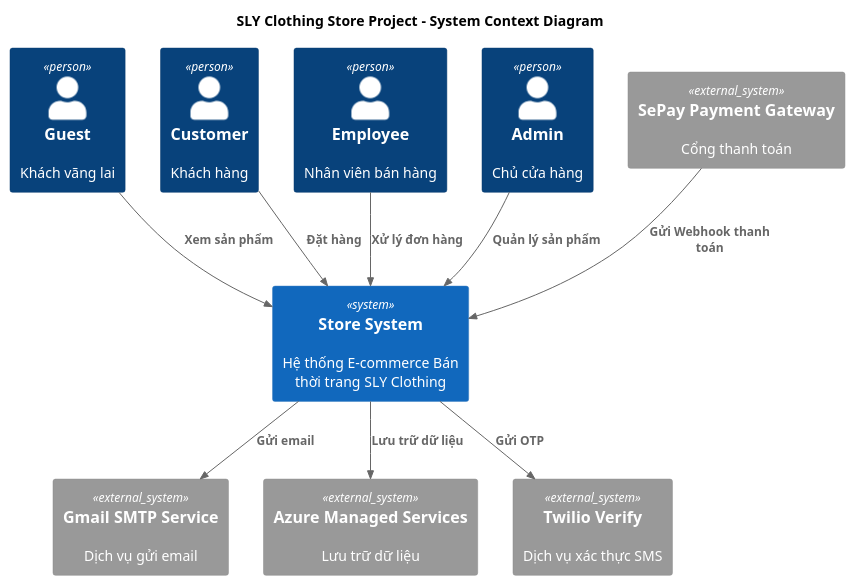
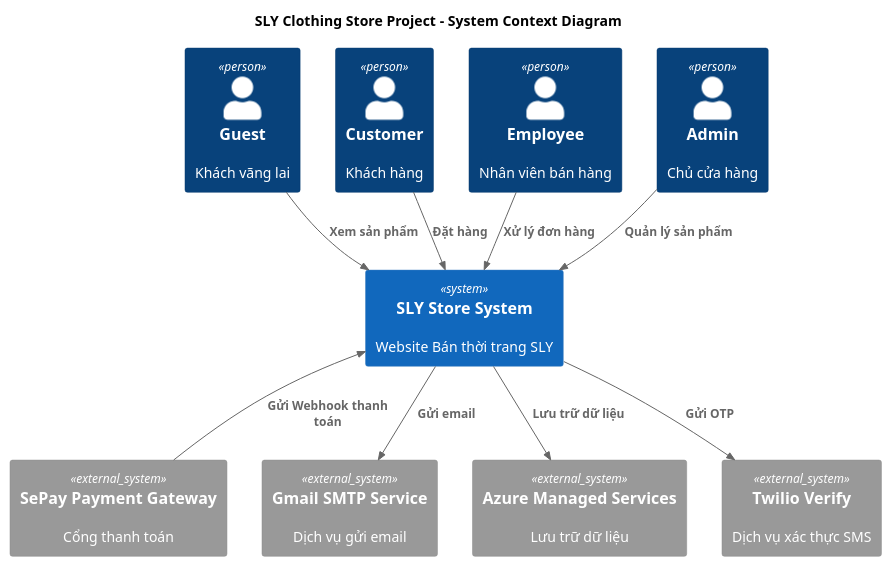
One commit to ptus04/store-project changed the diagram in docs/C4Model-System-Context.puml. Above: the diagram before and after it, drawn with PlantUML. The commit also changed 2 other files, not shown here.

Commit message:
update c4model diagrams

```diff
--- a/docs/C4Model-System-Context.puml
+++ b/docs/C4Model-System-Context.puml
@@ -1,23 +1,25 @@
 @startuml
 !include <C4/C4_Container>
+
 title SLY Clothing Store Project - System Context Diagram
+
 Person(guest, "Guest", "Khách vãng lai")
 Person(customer, "Customer", "Khách hàng")
 Person(employee, "Employee", "Nhân viên bán hàng")
 Person(admin, "Admin", "Chủ cửa hàng")
 
-System(storeSystem, "Store System", "Hệ thống E-commerce Bán thời trang SLY Clothing")
+System(storeSystem, "SLY Store System", "Website Bán thời trang SLY")
 System_Ext(sepay, "SePay Payment Gateway", "Cổng thanh toán")
 System_Ext(gmail, "Gmail SMTP Service", "Dịch vụ gửi email")
 System_Ext(azure, "Azure Managed Services", "Lưu trữ dữ liệu")
 System_Ext(twilio, "Twilio Verify", "Dịch vụ xác thực SMS")
 
 Rel(guest, storeSystem, "Xem sản phẩm")
 Rel(customer, storeSystem, "Đặt hàng")
 Rel(employee, storeSystem, "Xử lý đơn hàng")
 Rel(admin, storeSystem, "Quản lý sản phẩm")
-Rel(sepay, storeSystem, "Gửi Webhook thanh toán")
+Rel_U(sepay, storeSystem, "Gửi Webhook thanh toán")
 Rel(storeSystem, gmail, "Gửi email")
 Rel(storeSystem, azure, "Lưu trữ dữ liệu")
 Rel(storeSystem, twilio, "Gửi OTP")
 @enduml
```
